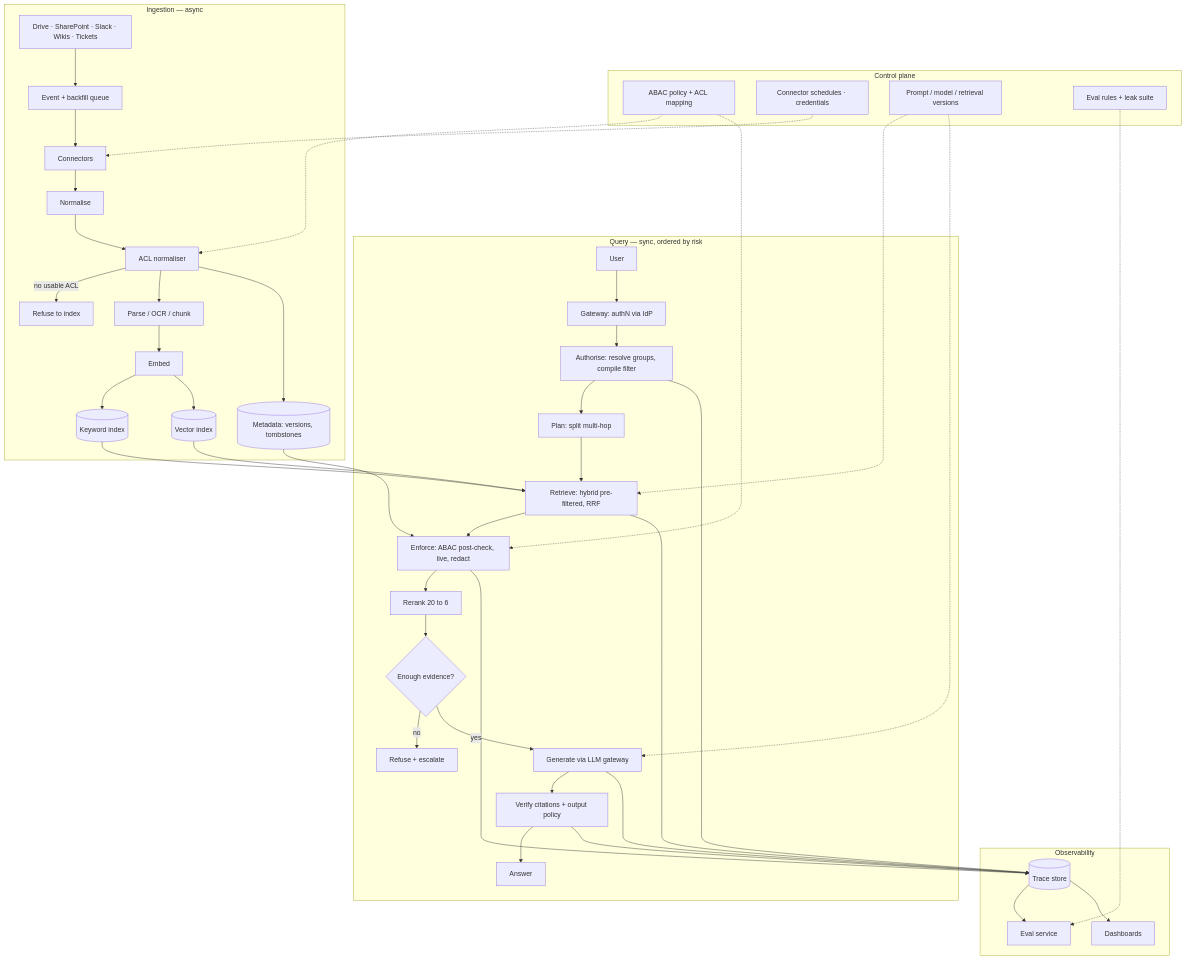
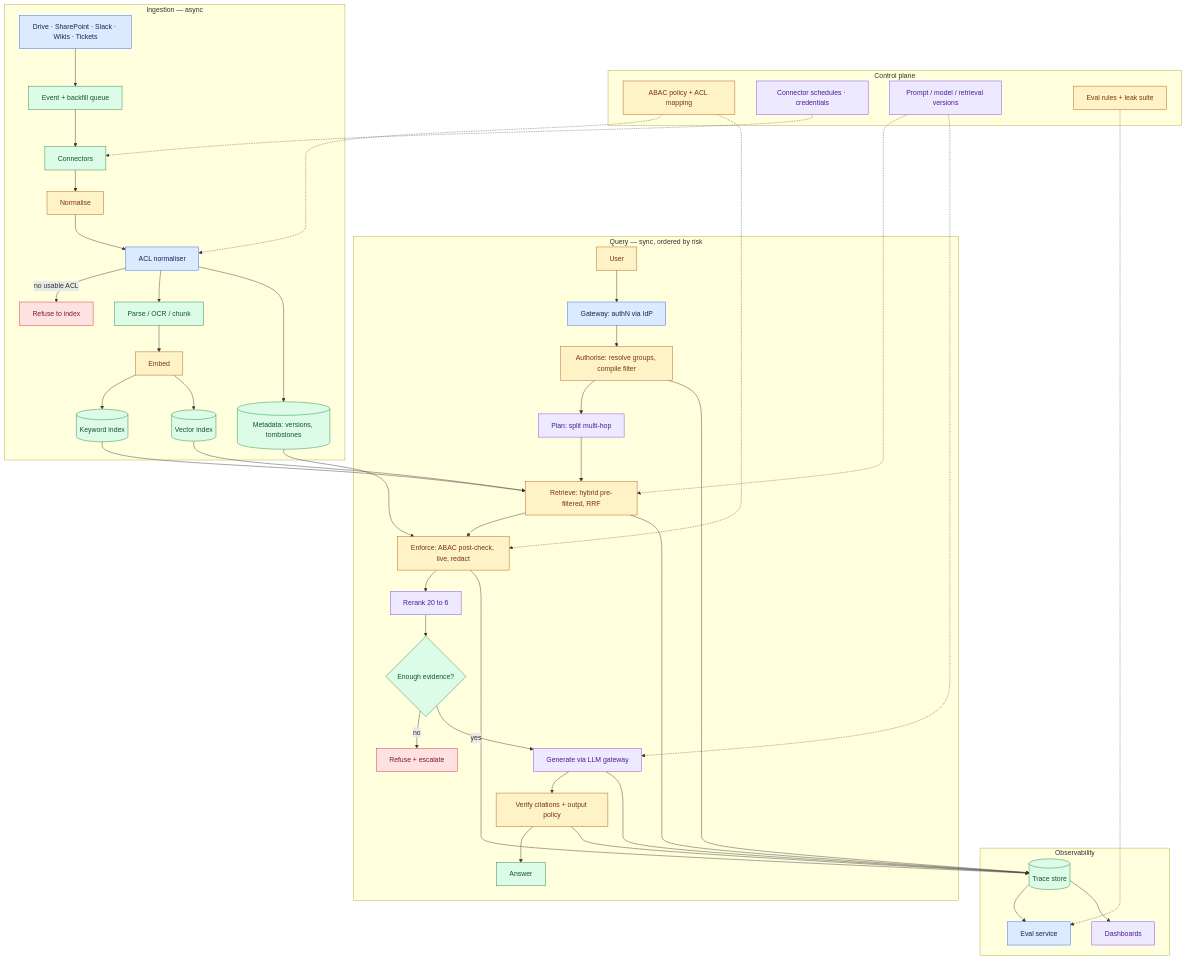
Before and after one commit to Sourav692/Forward-Deployed-Engineer-Interview-Prep: the third of 8 diagrams in 02_System_Design_Case_Studies/Scenario_Packs_G01_G20/G01_Enterprise_Knowledge_Assistant/4_Full_Design/G01_Full_Design_Part_2.md, drawn with Mermaid. The commit also changed other lines of this file and 1268 other files, not shown here.

First line of the commit message:
content: polish Casebook writing and Mermaid diagrams (#251)

````diff
--- a/02_System_Design_Case_Studies/Scenario_Packs_G01_G20/G01_Enterprise_Knowledge_Assistant/4_Full_Design/G01_Full_Design_Part_2.md
+++ b/02_System_Design_Case_Studies/Scenario_Packs_G01_G20/G01_Enterprise_Knowledge_Assistant/4_Full_Design/G01_Full_Design_Part_2.md
@@ -72,40 +106,52 @@
 ```mermaid
 flowchart TB
     subgraph CP[Control plane]
         POL[ABAC policy + ACL mapping]
         CFG[Connector schedules · credentials]
         VER[Prompt / model / retrieval versions]
         EVR[Eval rules + leak suite]
     end
 
     subgraph ING[Ingestion — async]
         SRC[Drive · SharePoint · Slack · Wikis · Tickets] --> Q[Event + backfill queue]
         Q --> CON[Connectors] --> NORM[Normalise] --> ACL[ACL normaliser]
         ACL -- no usable ACL --> REF[Refuse to index]
         ACL --> CHUNK[Parse / OCR / chunk] --> EMB[Embed]
         EMB --> KW[(Keyword index)]
         EMB --> VEC[(Vector index)]
         ACL --> META[(Metadata: versions, tombstones)]
     end
 
     subgraph QRY[Query — sync, ordered by risk]
         U[User] --> GW[Gateway: authN via IdP] --> AUTH[Authorise: resolve groups, compile filter]
         AUTH --> PLAN[Plan: split multi-hop] --> RET[Retrieve: hybrid pre-filtered, RRF]
         RET --> ENF[Enforce: ABAC post-check, live, redact] --> RR[Rerank 20 to 6] --> GR{Enough evidence?}
         GR -- no --> ESC[Refuse + escalate]
         GR -- yes --> GEN[Generate via LLM gateway] --> VFY[Verify citations + output policy] --> ANS[Answer]
     end
 
     subgraph OBS[Observability]
         TR[(Trace store)] --> EVAL[Eval service] & DASH[Dashboards]
     end
 
     KW --> RET
     VEC --> RET
     META --> ENF
     POL -.-> ACL & ENF
     CFG -.-> CON
     VER -.-> RET & GEN
     EVR -.-> EVAL
     AUTH & RET & ENF & GEN & VFY --> TR
+
+    %% Casebook colours: entry, reasoning, results, controls, and stopped paths.
+    classDef cbPolicy fill:#fef3c7,stroke:#b45309,color:#78350f
+    class POL,EVR,NORM,EMB,U,AUTH,RET,ENF,VFY cbPolicy
+    classDef cbReason fill:#ede9fe,stroke:#7c3aed,color:#4c1d95
+    class CFG,VER,PLAN,RR,GEN,DASH cbReason
+    classDef cbInput fill:#dbeafe,stroke:#2563eb,color:#172554
+    class SRC,ACL,GW,EVAL cbInput
+    classDef cbAction fill:#dcfce7,stroke:#15803d,color:#14532d
+    class Q,CON,CHUNK,KW,VEC,META,GR,ANS,TR cbAction
+    classDef cbStop fill:#fee2e2,stroke:#dc2626,color:#7f1d1d
+    class REF,ESC cbStop
 ```
````
